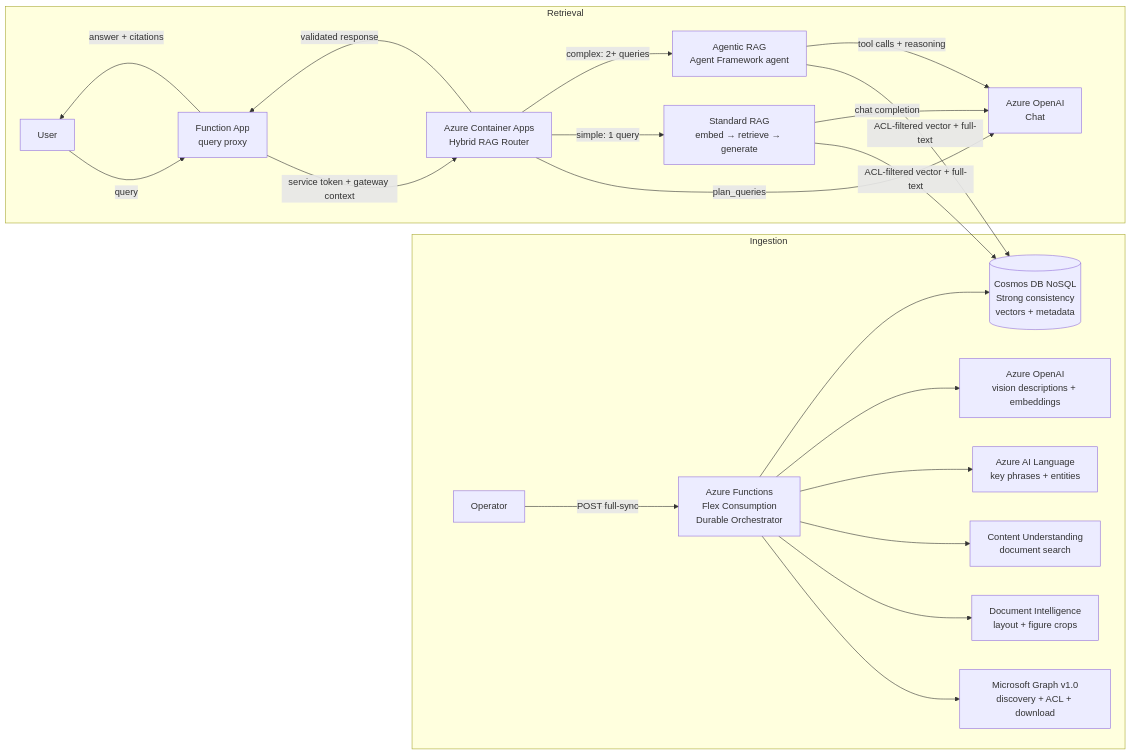
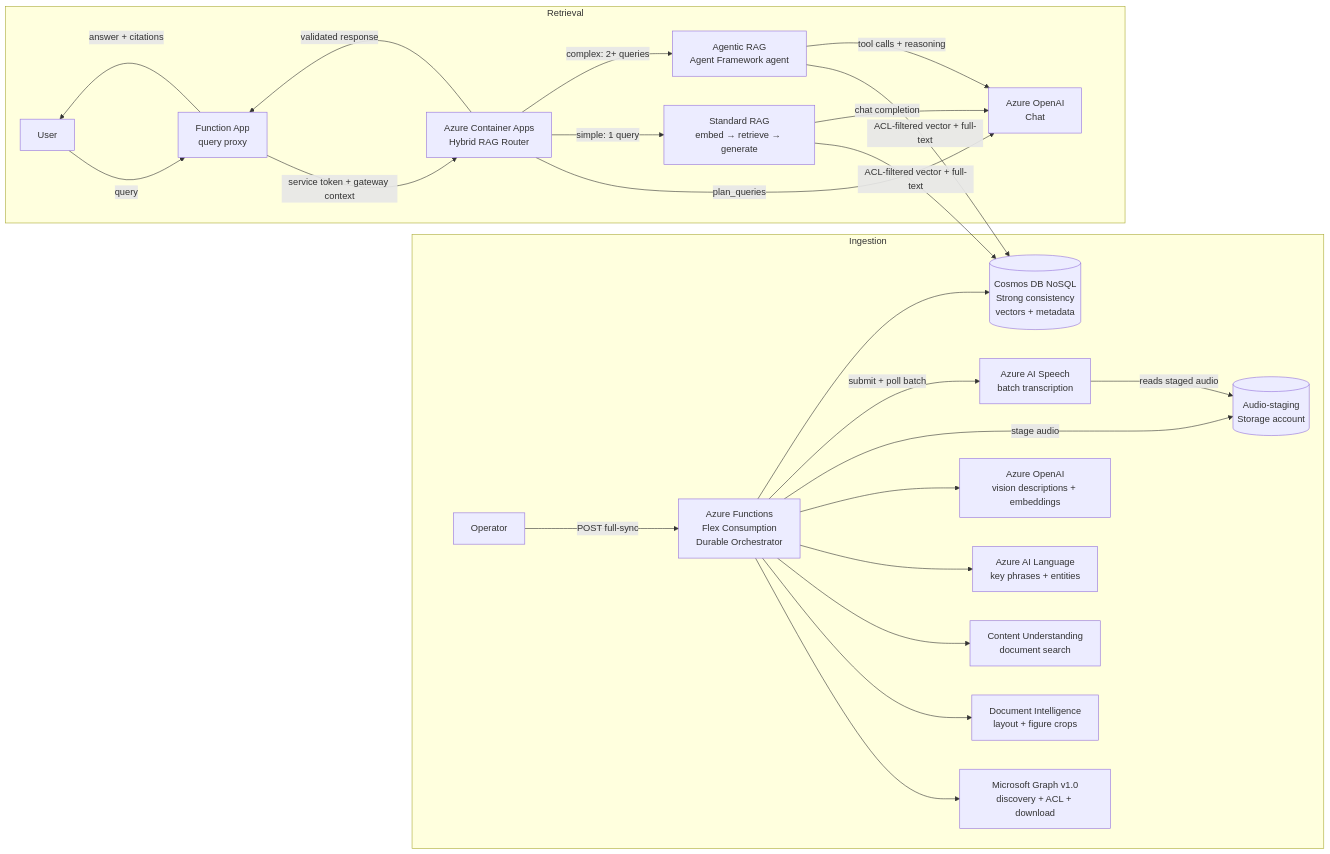
The first of 13 diagrams in docs/ARCHITECTURE.md (HariVamsiChittari1/enterprise-rag-pipeline), drawn with Mermaid before and after one commit. The commit also changed other lines of this file and 6 other files, not shown here.

First line of the commit message:
docs: align architecture, config, and references with shipped audio batch design

````diff
--- a/docs/ARCHITECTURE.md
+++ b/docs/ARCHITECTURE.md
@@ -10,26 +10,29 @@
 ```mermaid
 flowchart LR
     subgraph Ingestion
         Operator[Operator] -->|POST full-sync| Functions[Azure Functions<br/>Flex Consumption<br/>Durable Orchestrator]
         Functions --> Graph[Microsoft Graph v1.0<br/>discovery + ACL + download]
         Functions --> DI[Document Intelligence<br/>layout + figure crops]
         Functions --> CU[Content Understanding<br/>document search]
         Functions --> Language[Azure AI Language<br/>key phrases + entities]
         Functions --> OpenAI[Azure OpenAI<br/>vision descriptions + embeddings]
+        Functions -->|stage audio| AudioStg[(Audio-staging<br/>Storage account)]
+        Functions -->|submit + poll batch| Speech[Azure AI Speech<br/>batch transcription]
+        Speech -->|reads staged audio| AudioStg
         Functions --> Cosmos[(Cosmos DB NoSQL<br/>Strong consistency<br/>vectors + metadata)]
     end
 
     subgraph Retrieval
         User[User] -->|query| FuncProxy[Function App<br/>query proxy]
         FuncProxy -->|service token + gateway context| RAG[Azure Container Apps<br/>Hybrid RAG Router]
         RAG -->|plan_queries| OpenAIChat[Azure OpenAI<br/>Chat]
         RAG -->|simple: 1 query| Standard[Standard RAG<br/>embed → retrieve → generate]
         RAG -->|complex: 2+ queries| Agentic[Agentic RAG<br/>Agent Framework agent]
         Standard -->|ACL-filtered vector + full-text| Cosmos
         Agentic -->|ACL-filtered vector + full-text| Cosmos
         Standard -->|chat completion| OpenAIChat
         Agentic -->|tool calls + reasoning| OpenAIChat
         RAG -->|validated response| FuncProxy
         FuncProxy -->|answer + citations| User
     end
 ```
````
